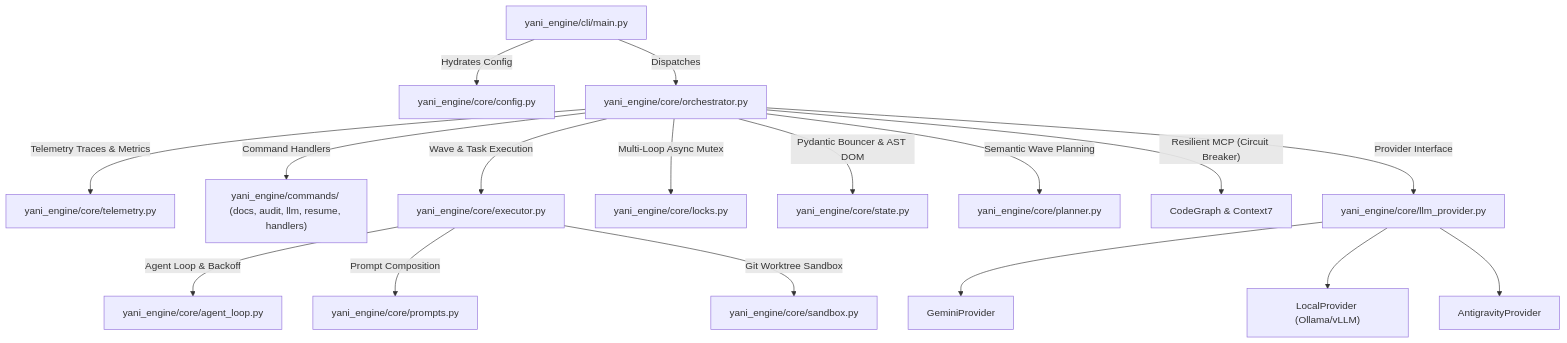
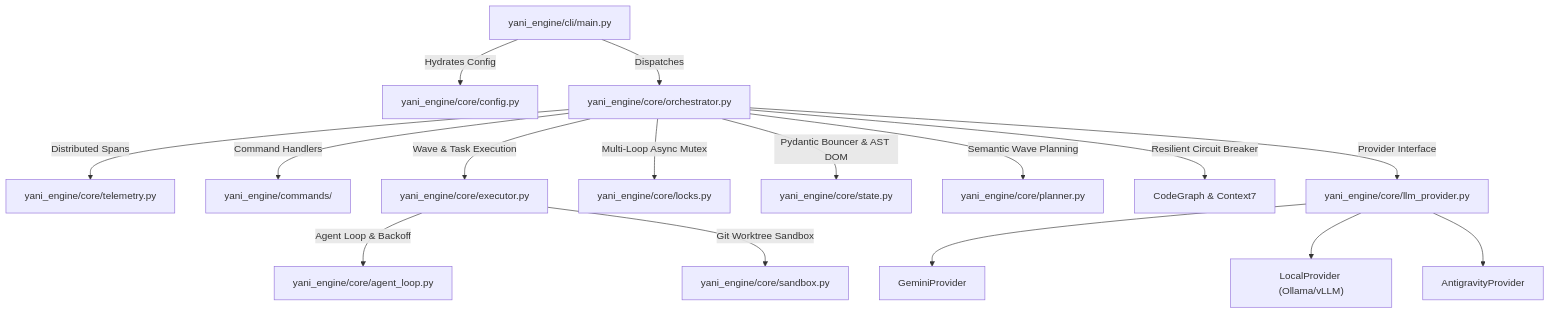
One commit to emmanuelol/yani-engine changed the second of 3 diagrams in README.md. Above: the diagram before and after it, drawn with Mermaid. The commit also changed other lines of this file and 14 other files, not shown here.

````diff
--- a/README.md
+++ b/README.md
@@ -166,24 +133,23 @@
 ```mermaid
 graph TD
     CLI["yani_engine/cli/main.py"] -->|"Hydrates Config"| CFG["yani_engine/core/config.py"]
     CLI -->|"Dispatches"| ORC["yani_engine/core/orchestrator.py"]
     
-    ORC -->|"Telemetry Traces & Metrics"| TEL["yani_engine/core/telemetry.py"]
-    ORC -->|"Command Handlers"| CMD["yani_engine/commands/ (docs, audit, llm, resume, handlers)"]
+    ORC -->|"Distributed Spans"| TEL["yani_engine/core/telemetry.py"]
+    ORC -->|"Command Handlers"| CMD["yani_engine/commands/"]
     ORC -->|"Wave & Task Execution"| EXE["yani_engine/core/executor.py"]
     
     EXE -->|"Agent Loop & Backoff"| AGT["yani_engine/core/agent_loop.py"]
-    EXE -->|"Prompt Composition"| PMT["yani_engine/core/prompts.py"]
     EXE -->|"Git Worktree Sandbox"| SB["yani_engine/core/sandbox.py"]
     
     ORC -->|"Multi-Loop Async Mutex"| LCK["yani_engine/core/locks.py"]
     ORC -->|"Pydantic Bouncer & AST DOM"| ST["yani_engine/core/state.py"]
     ORC -->|"Semantic Wave Planning"| PL["yani_engine/core/planner.py"]
     
-    ORC -->|"Resilient MCP (Circuit Breaker)"| MCP["CodeGraph & Context7"]
+    ORC -->|"Resilient Circuit Breaker"| MCP["CodeGraph & Context7"]
     ORC -->|"Provider Interface"| LLM["yani_engine/core/llm_provider.py"]
     
     LLM --> Gemini["GeminiProvider"]
     LLM --> Local["LocalProvider (Ollama/vLLM)"]
     LLM --> Agy["AntigravityProvider"]
 ```
````
